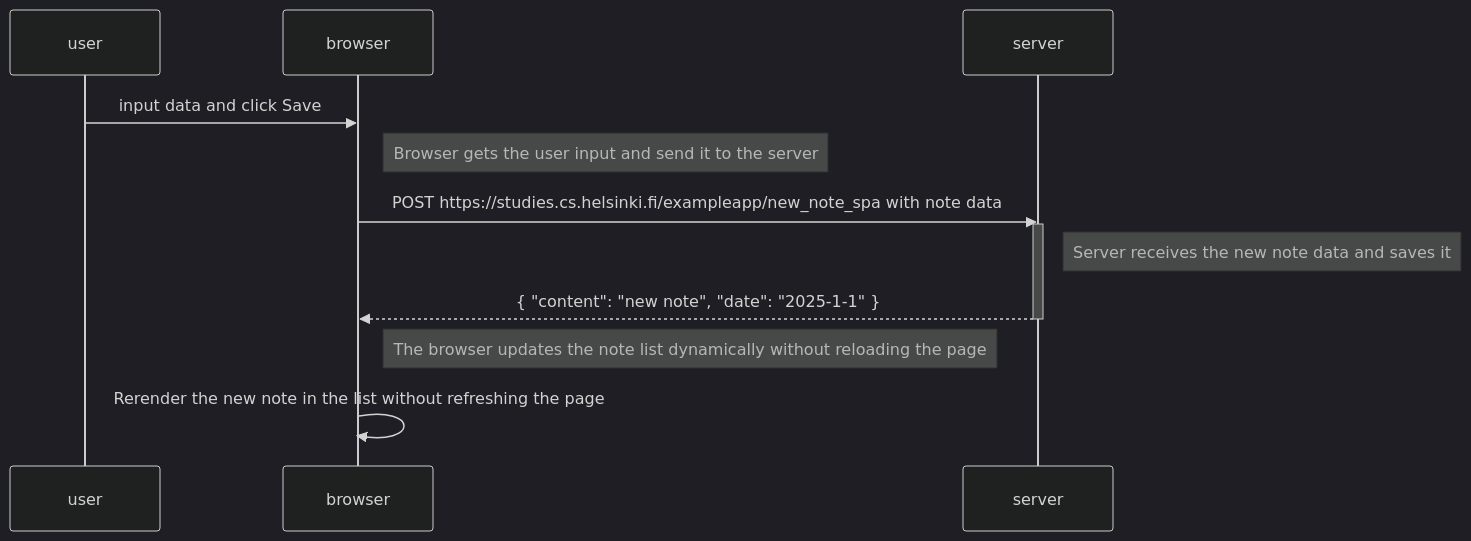
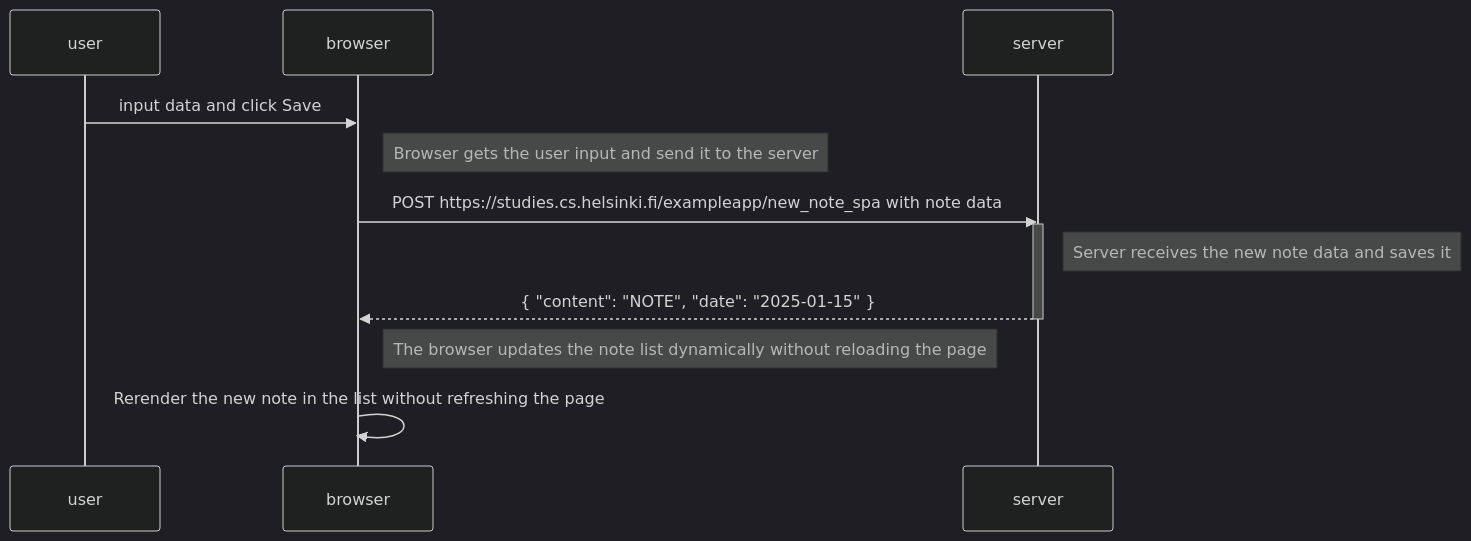
One commit to Adithya-009/Full_Stack changed the diagram in part0/06.md. Above: the diagram before and after it, drawn with Mermaid (dark theme).

````diff
--- a/part0/06.md
+++ b/part0/06.md
@@ -1,19 +1,19 @@
 ```mermaid
 sequenceDiagram
     participant user
     participant browser
     participant server
 
     user->>browser: input data and click Save
     Note right of browser: Browser gets the user input and send it to the server
 
     browser->>server: POST https://studies.cs.helsinki.fi/exampleapp/new_note_spa with note data
     activate server
     Note right of server: Server receives the new note data and saves it
-    server-->>browser: { "content": "new note", "date": "2025-1-1" }
+    server-->>browser: { "content": "NOTE", "date": "2025-01-15" }
     deactivate server
 
     Note right of browser: The browser updates the note list dynamically without reloading the page
     browser->>browser: Rerender the new note in the list without refreshing the page
 
 ```
````
